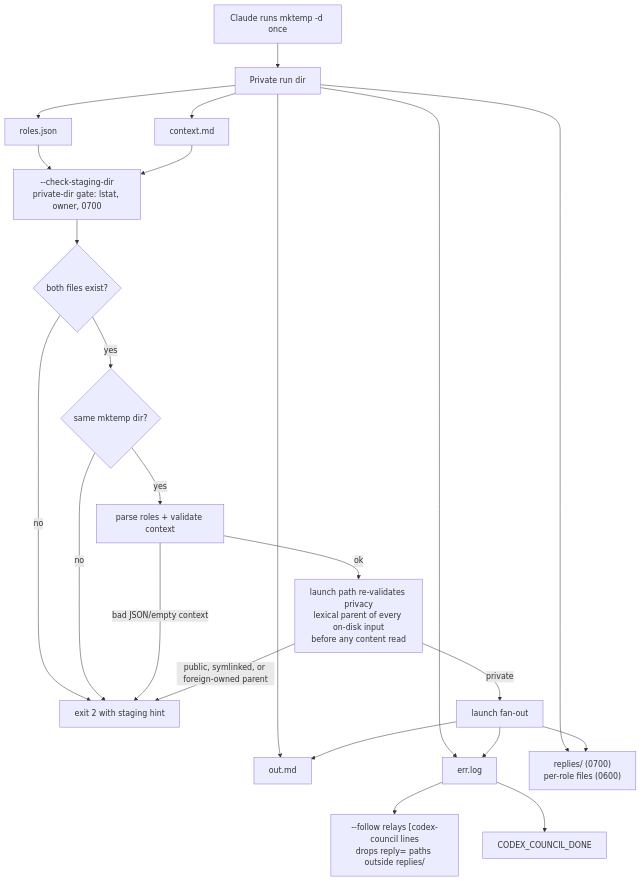
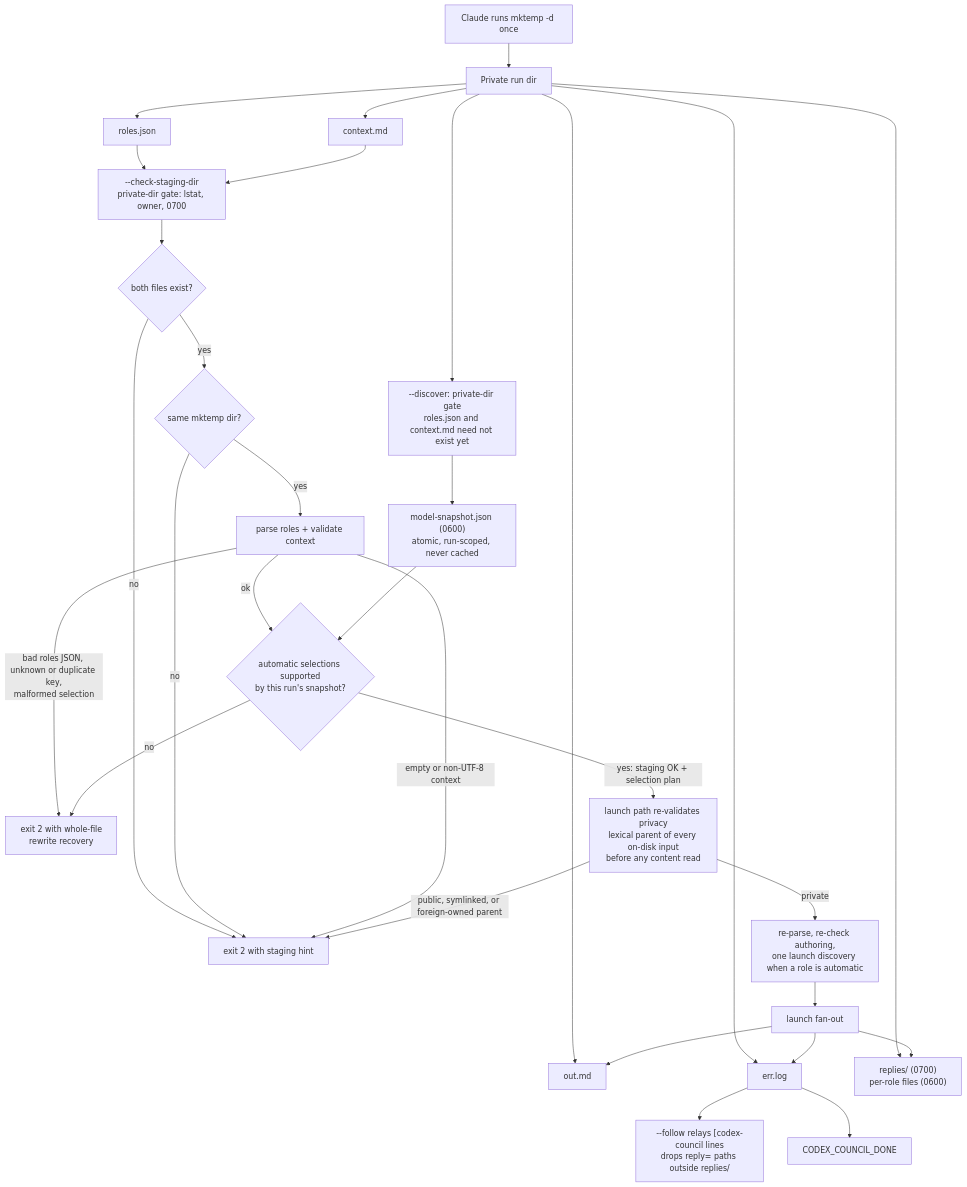
Before and after one commit to ehzawad/codex-council: the fourth of 5 diagrams in DESIGN.md, drawn with Mermaid. The commit also changed other lines of this file and 15 other files, not shown here.

First line of the commit message:
Adaptive per-role model routing grounded in runtime discovery (#10)

````diff
--- a/DESIGN.md
+++ b/DESIGN.md
@@ -270,27 +827,34 @@
 ```mermaid
 flowchart TD
     Mktemp["Claude runs mktemp -d once"] --> Rundir["Private run dir"]
+    Rundir --> DiscoverGate["--discover: private-dir gate<br/>roles.json and context.md need not exist yet"]
+    DiscoverGate --> Snapshot["model-snapshot.json (0600)<br/>atomic, run-scoped, never cached"]
     Rundir --> Roles["roles.json"]
     Rundir --> Context["context.md"]
     Rundir --> Out["out.md"]
     Rundir --> Err["err.log"]
     Rundir --> Replies["replies/ (0700)<br/>per-role files (0600)"]
 
     Roles --> Preflight["--check-staging-dir<br/>private-dir gate: lstat, owner, 0700"]
     Context --> Preflight
     Preflight --> Exists{"both files exist?"}
-    Exists -->|no| StageError["exit 2 with staging hint"]
-    Exists -->|yes| SameDir{"same mktemp dir?"}
-    SameDir -->|no| StageError
-    SameDir -->|yes| Parse["parse roles + validate context"]
-    Parse -->|bad JSON/empty context| StageError
-    Parse -->|ok| LaunchGate["launch path re-validates privacy<br/>lexical parent of every on-disk input<br/>before any content read"]
+    Exists -->|"no"| StageError["exit 2 with staging hint"]
+    Exists -->|"yes"| SameDir{"same mktemp dir?"}
+    SameDir -->|"no"| StageError
+    SameDir -->|"yes"| Parse["parse roles + validate context"]
+    Parse -->|"empty or non-UTF-8 context"| StageError
+    Parse -->|"bad roles JSON, unknown or duplicate key,<br/>malformed selection"| RolesError["exit 2 with whole-file<br/>rewrite recovery"]
+    Parse -->|"ok"| Authoring{"automatic selections supported<br/>by this run's snapshot?"}
+    Snapshot --> Authoring
+    Authoring -->|"no"| RolesError
+    Authoring -->|"yes: staging OK + selection plan"| LaunchGate["launch path re-validates privacy<br/>lexical parent of every on-disk input<br/>before any content read"]
     LaunchGate -->|"public, symlinked, or foreign-owned parent"| StageError
-    LaunchGate -->|private| Launch["launch fan-out"]
+    LaunchGate -->|"private"| Revalidate["re-parse, re-check authoring,<br/>one launch discovery when a role is automatic"]
+    Revalidate --> Launch["launch fan-out"]
 
     Launch --> Replies
     Launch --> Out
     Launch --> Err
     Err --> Follow["--follow relays [codex-council lines<br/>drops reply= paths outside replies/"]
     Err --> Sentinel["CODEX_COUNCIL_DONE"]
 ```
````
